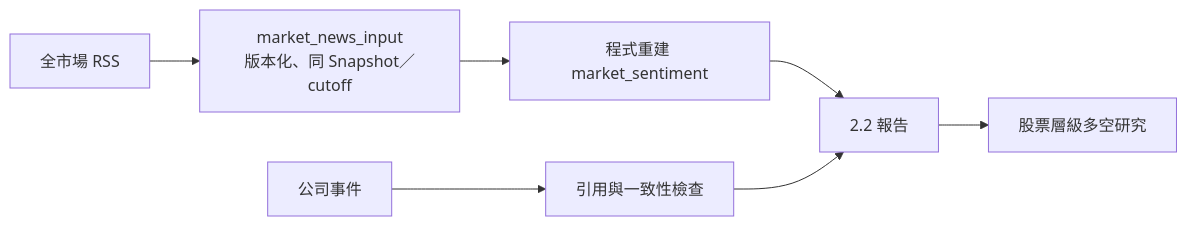
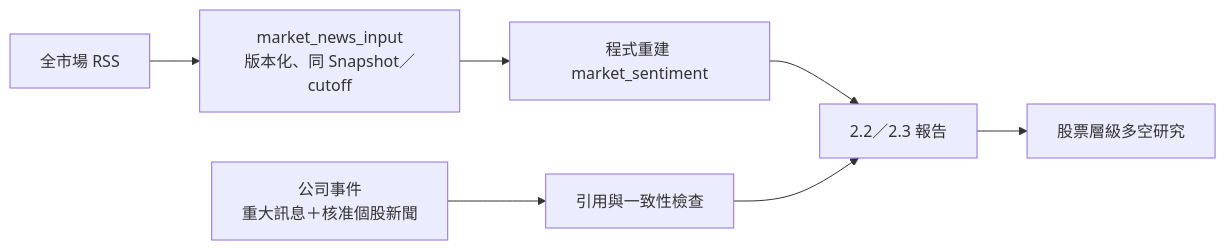
The diagram in docs/event_market_scope.md (zxcvb8885123/ETF-AGENTS), drawn with Mermaid before and after one commit. The commit also changed other lines of this file and 58 other files, not shown here.

````diff
--- a/docs/event_market_scope.md
+++ b/docs/event_market_scope.md
@@ -16,9 +16,9 @@
 ```mermaid
 flowchart LR
   A[全市場 RSS] --> B[market_news_input<br/>版本化、同 Snapshot／cutoff]
   B --> C[程式重建 market_sentiment]
-  D[公司事件] --> E[引用與一致性檢查]
-  C --> F[2.2 報告]
+  D[公司事件<br/>重大訊息＋核准個股新聞] --> E[引用與一致性檢查]
+  C --> F[2.2／2.3 報告]
   E --> F
   F --> G[股票層級多空研究]
 ```
````
